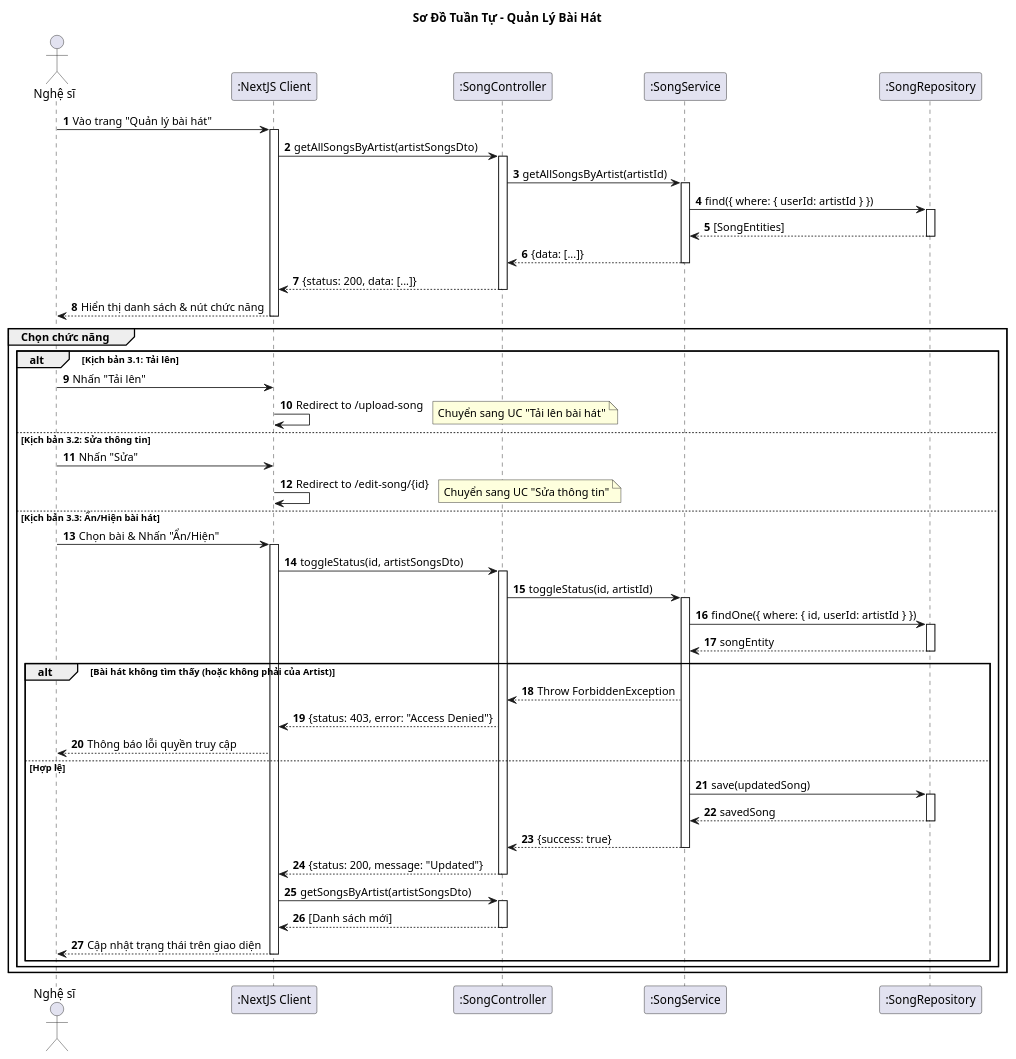
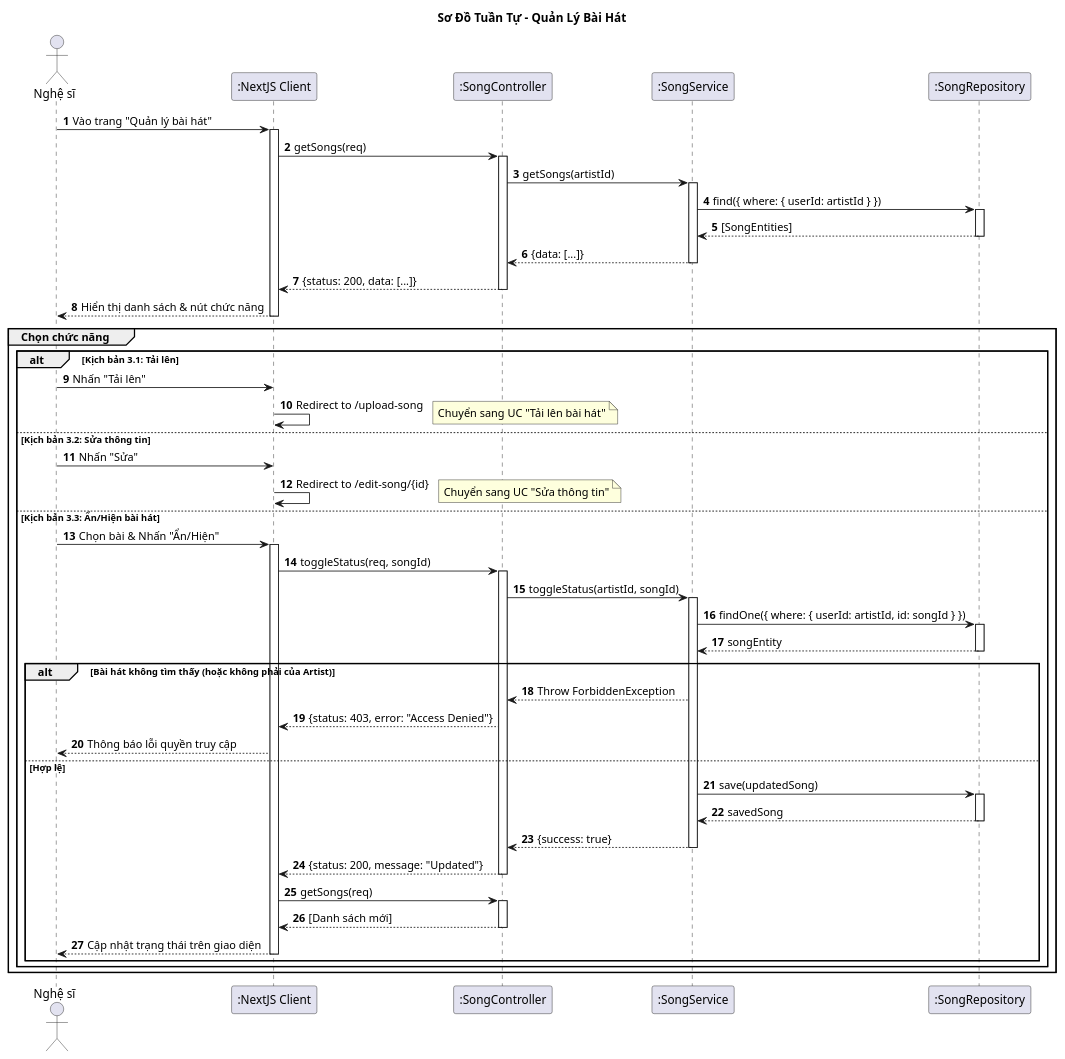
The diagram in Diagrams/SequenceDiagram/ManageSongSD.plantuml (vinh047/soundwave), drawn with PlantUML before and after one commit. The commit also changed 20 other files, not shown here.

```diff
--- a/Diagrams/SequenceDiagram/ManageSongSD.plantuml
+++ b/Diagrams/SequenceDiagram/ManageSongSD.plantuml
@@ -1,94 +1,94 @@
 @startuml Sequence Diagram - Quản Lý Bài Hát 
 
 title Sơ Đồ Tuần Tự - Quản Lý Bài Hát 
 
 actor "Nghệ sĩ" as Artist
 participant ":NextJS Client" as UI
 participant ":SongController" as Controller
 participant ":SongService" as Service
 participant ":SongRepository" as DB
 
 autonumber
 
 ' === BƯỚC 1: TẢI DANH SÁCH ===
 Artist -> UI: Vào trang "Quản lý bài hát"
 activate UI
-UI -> Controller: getAllSongsByArtist(artistSongsDto)
+UI -> Controller: getSongs(req)
 activate Controller
 
 ' Lấy artistId từ req.user.id
-Controller -> Service: getAllSongsByArtist(artistId)
+Controller -> Service: getSongs(artistId)
 activate Service
 
 Service -> DB: find({ where: { userId: artistId } })
 activate DB
 DB --> Service: [SongEntities]
 deactivate DB
 
 Service --> Controller: {data: [...]}
 deactivate Service
 Controller --> UI: {status: 200, data: [...]}
 deactivate Controller
 UI --> Artist: Hiển thị danh sách & nút chức năng
 deactivate UI
 
 ' === BƯỚC 3: CÁC CHỨC NĂNG ===
 group Chọn chức năng
 
     alt Kịch bản 3.1: Tải lên
         Artist -> UI: Nhấn "Tải lên"
         UI -> UI: Redirect to /upload-song
         note right: Chuyển sang UC "Tải lên bài hát"
 
     else Kịch bản 3.2: Sửa thông tin
         Artist -> UI: Nhấn "Sửa"
         UI -> UI: Redirect to /edit-song/{id}
         note right: Chuyển sang UC "Sửa thông tin"
 
     else Kịch bản 3.3: Ẩn/Hiện bài hát
         Artist -> UI: Chọn bài & Nhấn "Ẩn/Hiện"
         activate UI
-        UI -> Controller: toggleStatus(id, artistSongsDto)
+        UI -> Controller: toggleStatus(req, songId)
         activate Controller
 
-        ' Truyền artistId để check quyền sở hữu
-        Controller -> Service: toggleStatus(id, artistId)
+        ' Truyền userId để check quyền sở hữu
+        Controller -> Service: toggleStatus(artistId, songId)
         activate Service
 
         ' Logic: Tìm bài hát -> Đảo trạng thái -> Lưu lại
-        Service -> DB: findOne({ where: { id, userId: artistId } })
+        Service -> DB: findOne({ where: { userId: artistId, id: songId } })
         activate DB
         DB --> Service: songEntity
         deactivate DB
         
         alt Bài hát không tìm thấy (hoặc không phải của Artist)
             Service --> Controller: Throw ForbiddenException
             Controller --> UI: {status: 403, error: "Access Denied"}
             UI --> Artist: Thông báo lỗi quyền truy cập
         else Hợp lệ
             ' Đảo trạng thái (ACTIVE <-> HIDDEN)
             Service -> DB: save(updatedSong)
             activate DB
             DB --> Service: savedSong
             deactivate DB
             
             Service --> Controller: {success: true}
             deactivate Service
             
             ' === BƯỚC 4: LÀM MỚI DANH SÁCH ===
             Controller --> UI: {status: 200, message: "Updated"}
             deactivate Controller
             
             ' Client tự gọi lại API lấy danh sách (Auto Refresh)
-            UI -> Controller: getSongsByArtist(artistSongsDto)
+            UI -> Controller: getSongs(req)
             activate Controller
             ' ... (Lặp lại quy trình load danh sách) ...
             Controller --> UI: [Danh sách mới]
             deactivate Controller
             
             UI --> Artist: Cập nhật trạng thái trên giao diện
             deactivate UI
         end
     end
 end
 @enduml
```
